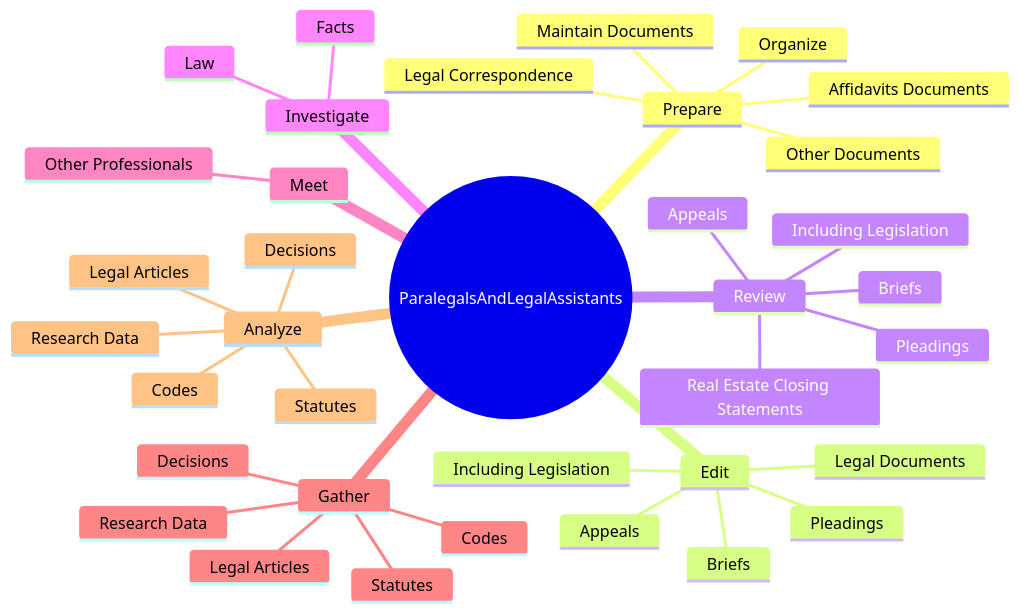
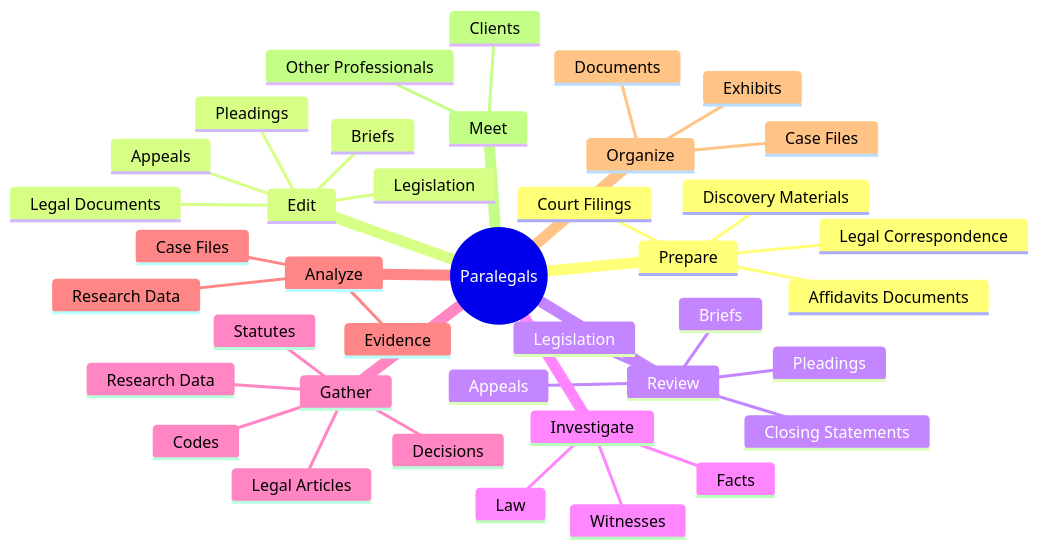
The second of 4 diagrams in occupations/Legal/ParalegalsAndLegalAssistants.mdx (kziemski/business.org.ai), drawn with Mermaid before and after one commit. The commit also changed other lines of this file and 938 other files, not shown here.

````diff
--- a/occupations/Legal/ParalegalsAndLegalAssistants.mdx
+++ b/occupations/Legal/ParalegalsAndLegalAssistants.mdx
@@ -37,39 +46,42 @@
 ```mermaid
 mindmap
-    root(("ParalegalsAndLegalAssistants"))
+    root(("Paralegals"))
         Prepare
             Affidavits Documents
-            Other Documents
             Legal Correspondence
-            Organize
-            Maintain Documents
+            Court Filings
+            Discovery Materials
         Edit
             Legal Documents
-            Including Legislation
+            Legislation
             Briefs
             Pleadings
             Appeals
         Review
-            Including Legislation
+            Legislation
             Briefs
             Pleadings
             Appeals
-            Real Estate Closing Statements
+            Closing Statements
         Investigate
             Facts
             Law
-        Meet
-            Other Professionals
+            Witnesses
         Gather
             Research Data
             Statutes
             Decisions
             Legal Articles
             Codes
         Analyze
             Research Data
-            Statutes
-            Decisions
-            Legal Articles
-            Codes
+            Case Files
+            Evidence
+        Organize
+            Case Files
+            Documents
+            Exhibits
+        Meet
+            Clients
+            Other Professionals
 ```
````
